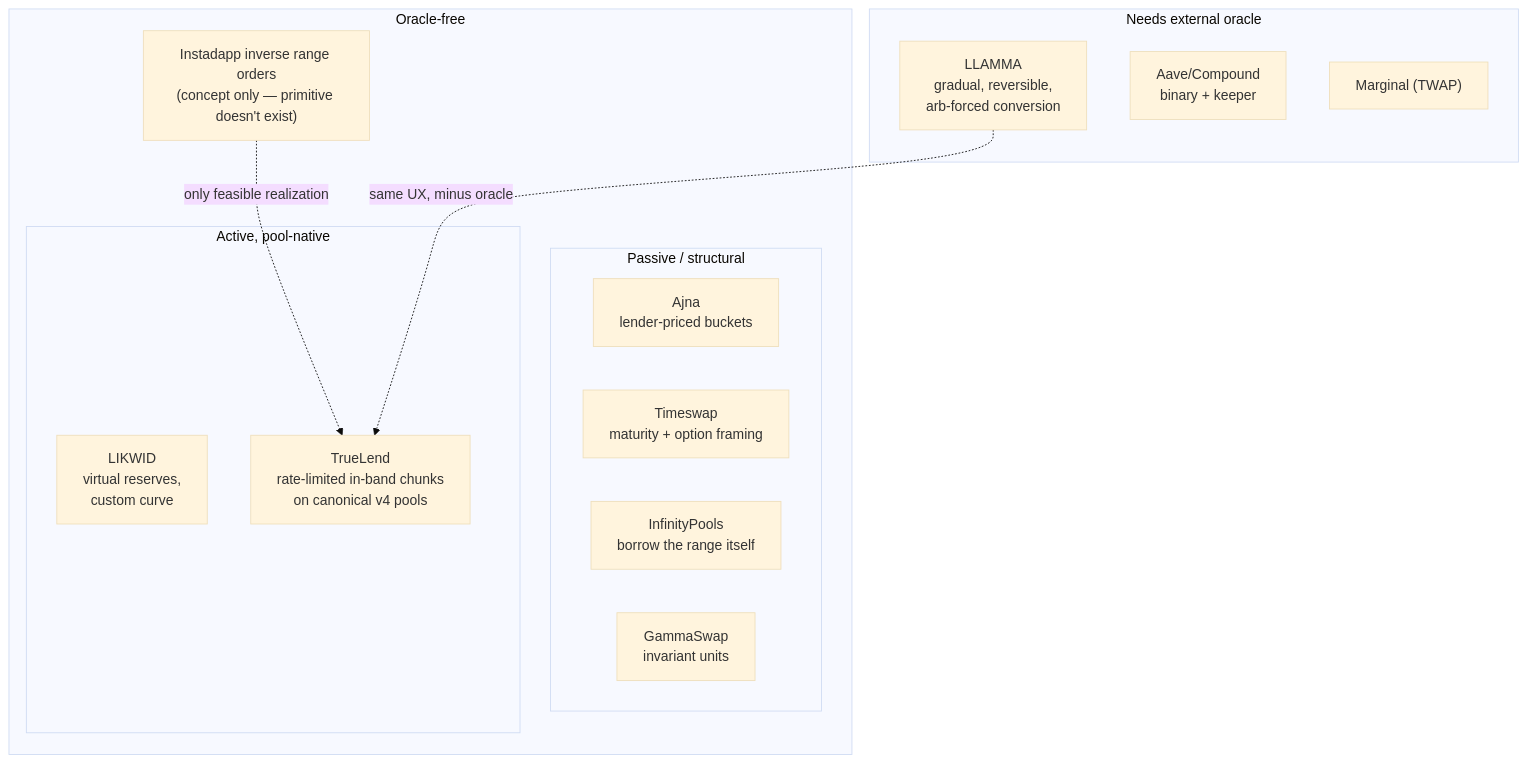
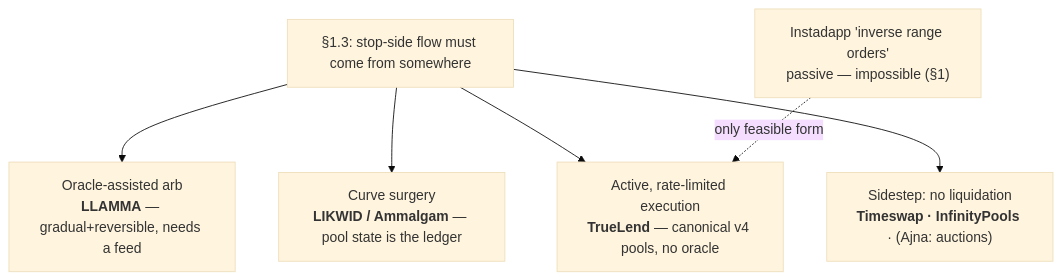
One commit to queenleoa/TrueLend changed the second of 2 diagrams in RESEARCH.md. Above: the diagram before and after it, drawn with Mermaid (base theme). The commit also changed other lines of this file and 1 other file, not shown here.

````diff
--- a/RESEARCH.md
+++ b/RESEARCH.md
@@ -181,23 +93,9 @@
 ```mermaid
 flowchart TB
-    subgraph oracle["Needs external oracle"]
-        LLAMMA["LLAMMA<br/>gradual, reversible,<br/>arb-forced conversion"]
-        AAVE["Aave/Compound<br/>binary + keeper"]
-        MARG["Marginal (TWAP)"]
-    end
-    subgraph oraclefree["Oracle-free"]
-        subgraph passive["Passive / structural"]
-            AJNA["Ajna<br/>lender-priced buckets"]
-            TS["Timeswap<br/>maturity + option framing"]
-            INF["InfinityPools<br/>borrow the range itself"]
-            GS["GammaSwap<br/>invariant units"]
-        end
-        subgraph active["Active, pool-native"]
-            LIKWID["LIKWID<br/>virtual reserves,<br/>custom curve"]
-            TL["TrueLend<br/>rate-limited in-band chunks<br/>on canonical v4 pools"]
-        end
-        INSTA["Instadapp inverse range orders<br/>(concept only — primitive doesn't exist)"]
-    end
-    INSTA -. "only feasible realization" .-> TL
-    LLAMMA -. "same UX, minus oracle" .-> TL
+    Q["§1.3: stop-side flow must come from somewhere"]
+    Q --> O["Oracle-assisted arb<br/><b>LLAMMA</b> — gradual+reversible, needs a feed"]
+    Q --> C["Curve surgery<br/><b>LIKWID / Ammalgam</b> — pool state is the ledger"]
+    Q --> E["Active, rate-limited execution<br/><b>TrueLend</b> — canonical v4 pools, no oracle"]
+    Q --> A["Sidestep: no liquidation<br/><b>Timeswap · InfinityPools</b> · (Ajna: auctions)"]
+    I["Instadapp 'inverse range orders'<br/>passive — impossible (§1)"] -. only feasible form .-> E
 ```
````
